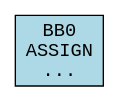
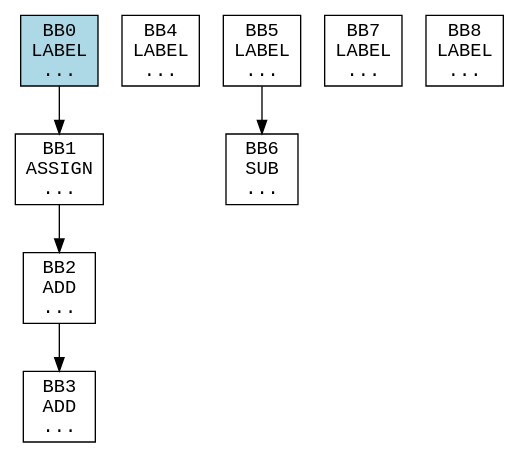
Before and after one commit to SuryaAshish1404/mini-c-compiler: the diagram in cfg.dot, drawn with Graphviz. The commit also changed 31 other files, not shown here.

```diff
--- a/cfg.dot
+++ b/cfg.dot
@@ -1,7 +1,19 @@
 digraph CFG {
     node [shape=box fontname="Courier"];
     rankdir=TB;
 
-    BB0 [label="BB0\nASSIGN\n..." style=filled fillcolor=lightblue];
+    BB0 [label="BB0\nLABEL\n..." style=filled fillcolor=lightblue];
+    BB1 [label="BB1\nASSIGN\n..."];
+    BB2 [label="BB2\nADD\n..."];
+    BB3 [label="BB3\nADD\n..."];
+    BB4 [label="BB4\nLABEL\n..."];
+    BB5 [label="BB5\nLABEL\n..."];
+    BB6 [label="BB6\nSUB\n..."];
+    BB7 [label="BB7\nLABEL\n..."];
+    BB8 [label="BB8\nLABEL\n..."];
 
+    BB0 -> BB1;
+    BB1 -> BB2;
+    BB2 -> BB3;
+    BB5 -> BB6;
 }
```
